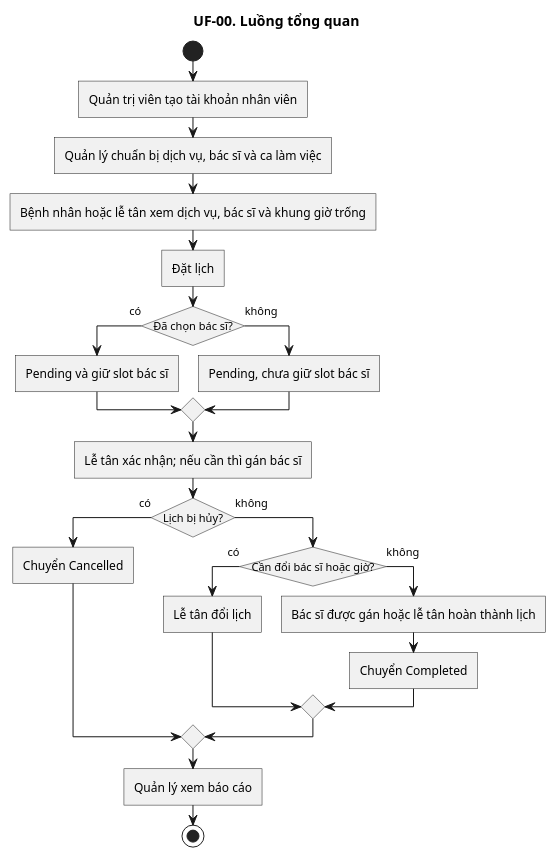
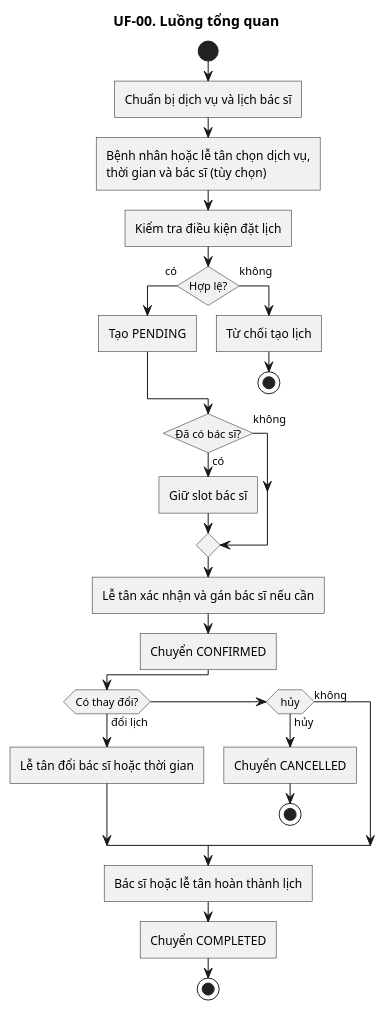
One commit to KhaVan-oi/ViClinic changed the diagram in doc/user-flow/hethong.puml. Above: the diagram before and after it, drawn with PlantUML. The commit also changed 26 other files, not shown here.

```diff
--- a/doc/user-flow/hethong.puml
+++ b/doc/user-flow/hethong.puml
@@ -1,32 +1,37 @@
 @startuml
 title UF-00. Luồng tổng quan
+
 skinparam linetype ortho
 skinparam shadowing false
 skinparam roundcorner 0
 skinparam conditionStyle InsideDiamond
 skinparam conditionEndStyle diamond
 
 start
-:Quản trị viên tạo tài khoản nhân viên;
-:Quản lý chuẩn bị dịch vụ, bác sĩ và ca làm việc;
-:Bệnh nhân hoặc lễ tân xem dịch vụ, bác sĩ và khung giờ trống;
-:Đặt lịch;
-if (Đã chọn bác sĩ?) then (có)
-  :Pending và giữ slot bác sĩ;
+:Chuẩn bị dịch vụ và lịch bác sĩ;
+:Bệnh nhân hoặc lễ tân chọn dịch vụ,
+thời gian và bác sĩ (tùy chọn);
+:Kiểm tra điều kiện đặt lịch;
+if (Hợp lệ?) then (có)
+  :Tạo PENDING;
 else (không)
-  :Pending, chưa giữ slot bác sĩ;
+  :Từ chối tạo lịch;
+  stop
 endif
-:Lễ tân xác nhận; nếu cần thì gán bác sĩ;
-if (Lịch bị hủy?) then (có)
-  :Chuyển Cancelled;
+if (Đã có bác sĩ?) then (có)
+  :Giữ slot bác sĩ;
 else (không)
-  if (Cần đổi bác sĩ hoặc giờ?) then (có)
-    :Lễ tân đổi lịch;
-  else (không)
-    :Bác sĩ được gán hoặc lễ tân hoàn thành lịch;
-    :Chuyển Completed;
-  endif
 endif
-:Quản lý xem báo cáo;
+:Lễ tân xác nhận và gán bác sĩ nếu cần;
+:Chuyển CONFIRMED;
+if (Có thay đổi?) then (đổi lịch)
+  :Lễ tân đổi bác sĩ hoặc thời gian;
+elseif (hủy) then (hủy)
+  :Chuyển CANCELLED;
+  stop
+else (không)
+endif
+:Bác sĩ hoặc lễ tân hoàn thành lịch;
+:Chuyển COMPLETED;
 stop
 @enduml
```
